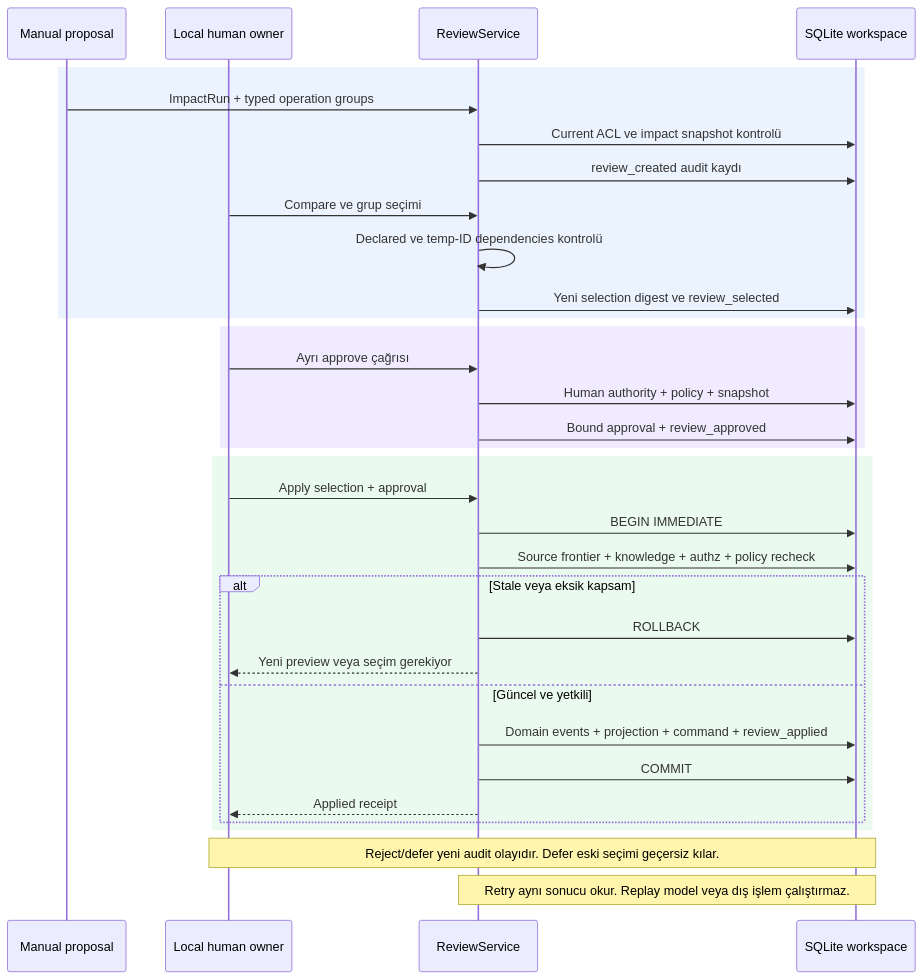
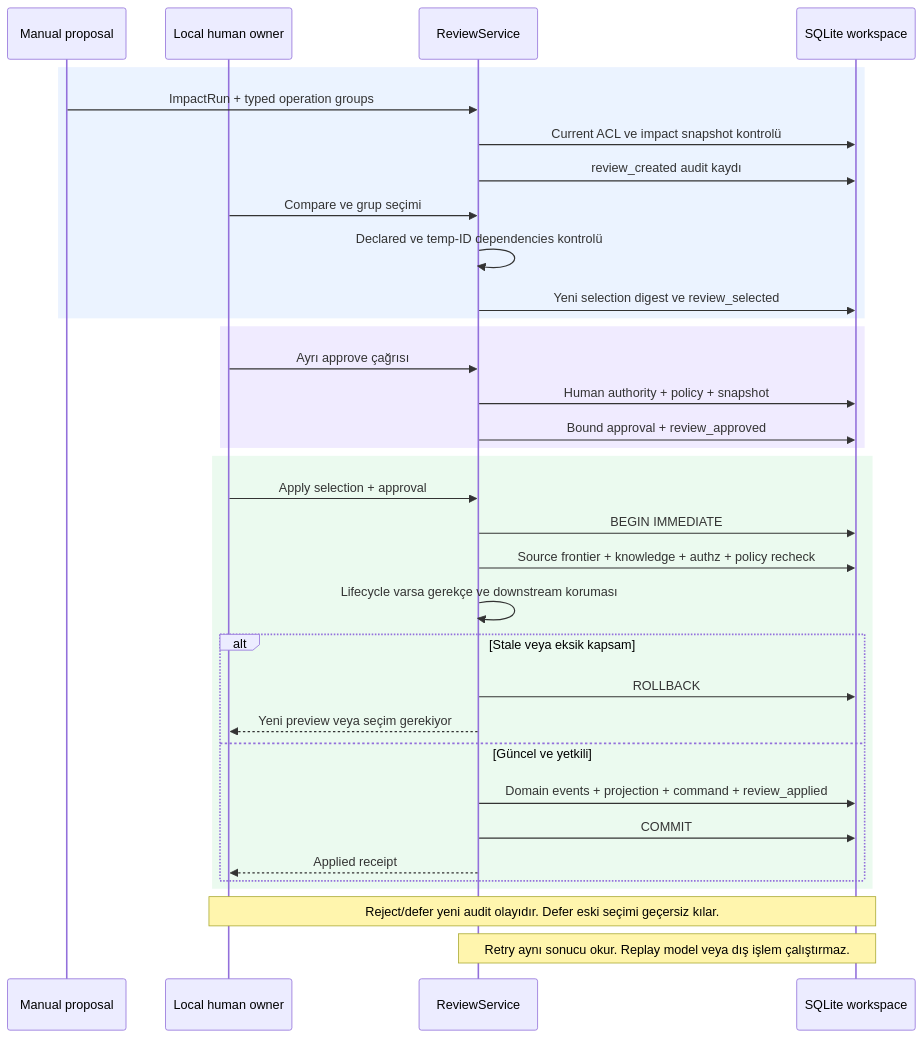
The first of 2 diagrams in docs/architecture/review-runtime.md (alphanAkbulut/decivora), drawn with Mermaid before and after one commit. The commit also changed other lines of this file and 29 other files, not shown here.

Commit message:
Deliver T13b guarded Task cancellation and compensating lifecycle; update schema and diagrams

````diff
--- a/docs/architecture/review-runtime.md
+++ b/docs/architecture/review-runtime.md
@@ -7,37 +7,38 @@
 ```mermaid
 sequenceDiagram
     accTitle: Uygulanan yerel review ve ayrı onay akışı
-    accDescr: Önizleme kalıcıdır. İnsan seçim ve onayı ayrı yapar. Kaynak graph yetki ve policy değiştiyse uygulama durur. Task cancellation ve verification bu çekirdekte yoktur.
+    accDescr: Önizleme kalıcıdır. İnsan seçim ve onayı ayrı yapar. Kaynak graph yetki ve policy değiştiyse uygulama durur. Görev iptali ayrıca lifecycle korumasından geçer, verification henüz yoktur.
     participant P as Manual proposal
     participant H as Local human owner
     participant R as ReviewService
     participant S as SQLite workspace
     rect rgb(235, 243, 255)
     P->>R: ImpactRun + typed operation groups
     R->>S: Current ACL ve impact snapshot kontrolü
     R->>S: review_created audit kaydı
     H->>R: Compare ve grup seçimi
     R->>R: Declared ve temp-ID dependencies kontrolü
     R->>S: Yeni selection digest ve review_selected
     end
     rect rgb(240, 235, 255)
     H->>R: Ayrı approve çağrısı
     R->>S: Human authority + policy + snapshot
     R->>S: Bound approval + review_approved
     end
     rect rgb(235, 250, 239)
     H->>R: Apply selection + approval
     R->>S: BEGIN IMMEDIATE
     R->>S: Source frontier + knowledge + authz + policy recheck
+    R->>R: Lifecycle varsa gerekçe ve downstream koruması
     alt Stale veya eksik kapsam
         R->>S: ROLLBACK
         R-->>H: Yeni preview veya seçim gerekiyor
     else Güncel ve yetkili
         R->>S: Domain events + projection + command + review_applied
         R->>S: COMMIT
         R-->>H: Applied receipt
     end
     end
     Note over H,S: Reject/defer yeni audit olayıdır. Defer eski seçimi geçersiz kılar.
     Note over R,S: Retry aynı sonucu okur. Replay model veya dış işlem çalıştırmaz.
 ```
````
